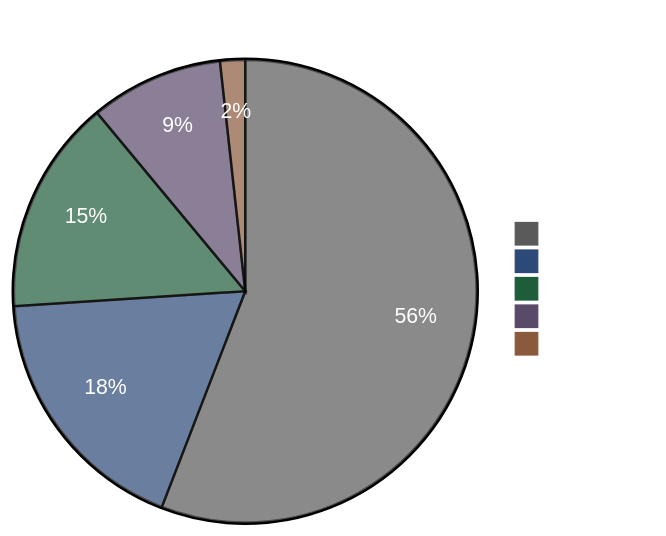
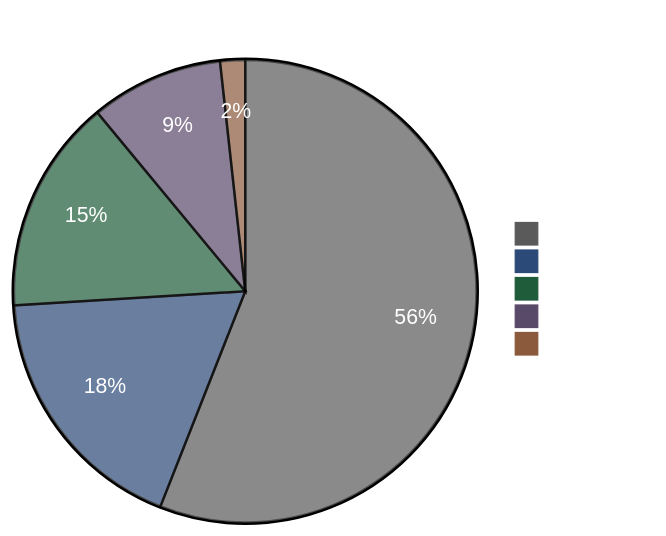
Before and after one commit to ccmeteorljh/reco-arxiv-daily: the diagram in README.md, drawn with Mermaid. The commit also changed other lines of this file and 6 other files, not shown here.

````diff
--- a/README.md
+++ b/README.md
@@ -6,19 +6,19 @@
 ```mermaid
 %%{init: {'theme':'base', 'themeVariables': {
   'pie1':'#5a5a5a',
   'pie2':'#2c4a78',
   'pie3':'#1e5c3a',
   'pie4':'#5a4a6a',
   'pie5':'#8b5a3c',
   'pieTitleTextColor':'#ffffff',
   'pieSectionTextColor':'#ffffff',
   'pieLegendTextColor':'#ffffff'
 }}}%%
 pie showData
 title Paper Distribution by Tag
-  "Other" : 704
+  "Other" : 707
   "LLM" : 228
   "GR" : 189
   "Seq" : 117
   "Scaling" : 22
 ```
````
